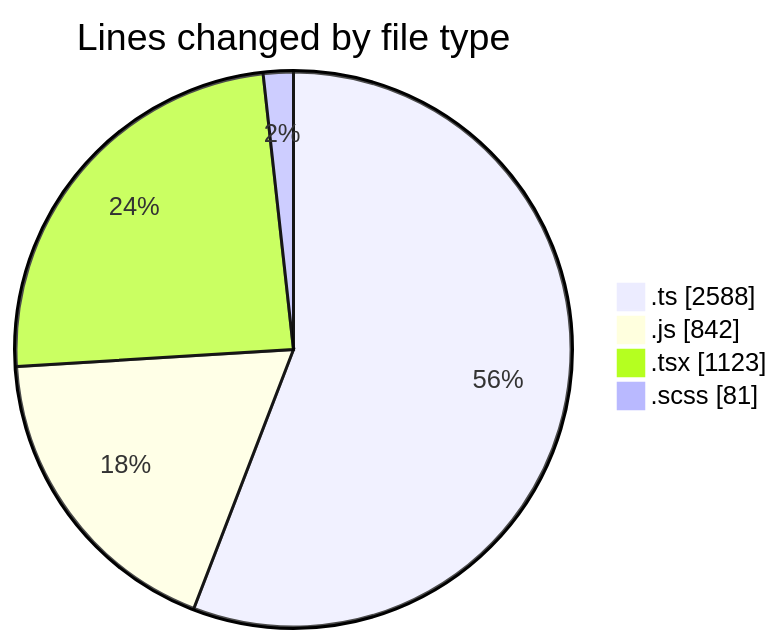
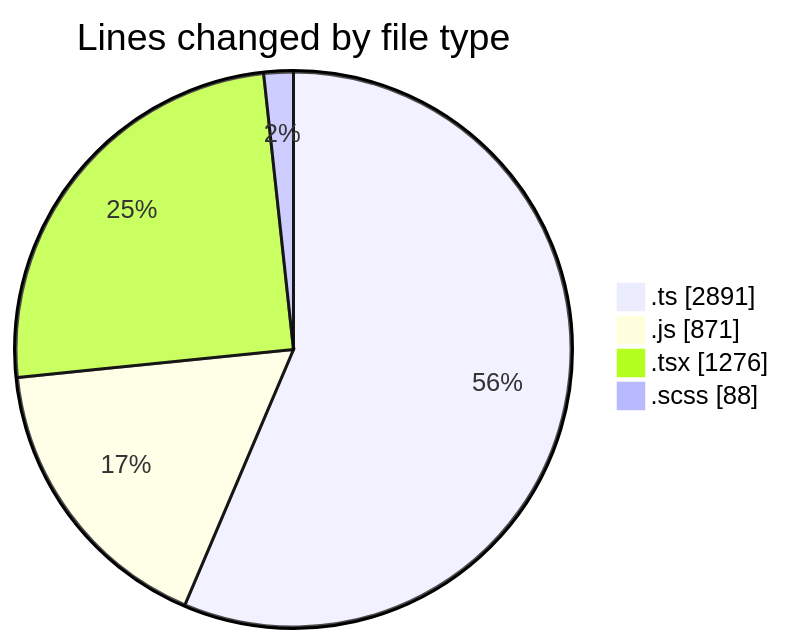
Before and after one commit to momahboobian/code-tracking: the first of 2 diagrams in 2026-08-19/cda/README.md, drawn with Mermaid. The commit also changed other lines of this file and 1 other file, not shown here.

````diff
--- a/2026-08-19/cda/README.md
+++ b/2026-08-19/cda/README.md
@@ -40,8 +40,8 @@
 ```mermaid
 pie showData
 title Lines changed by file type
-".ts" : 2588
-".js" : 842
-".tsx" : 1123
-".scss" : 81
+".ts" : 2891
+".js" : 871
+".tsx" : 1276
+".scss" : 88
 ```
````
